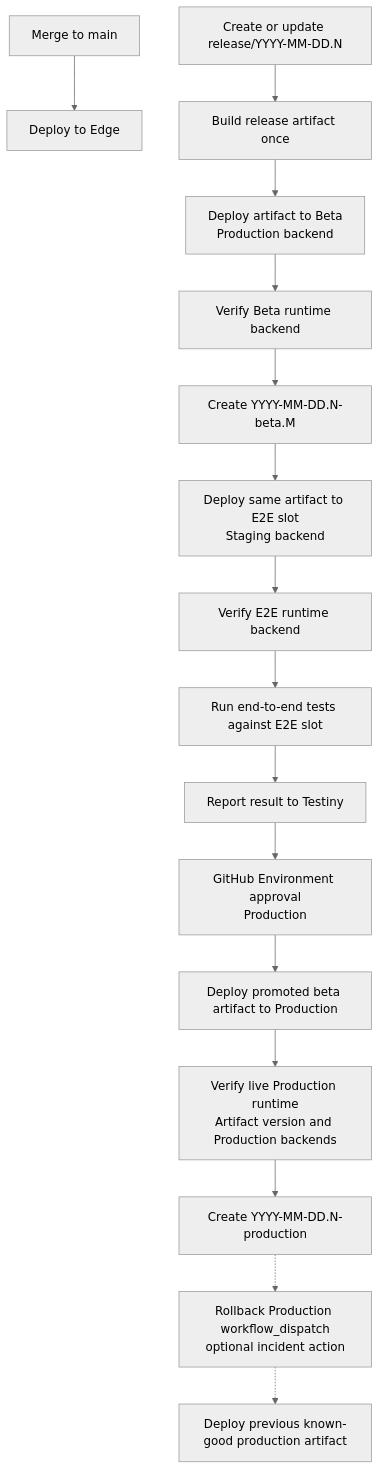
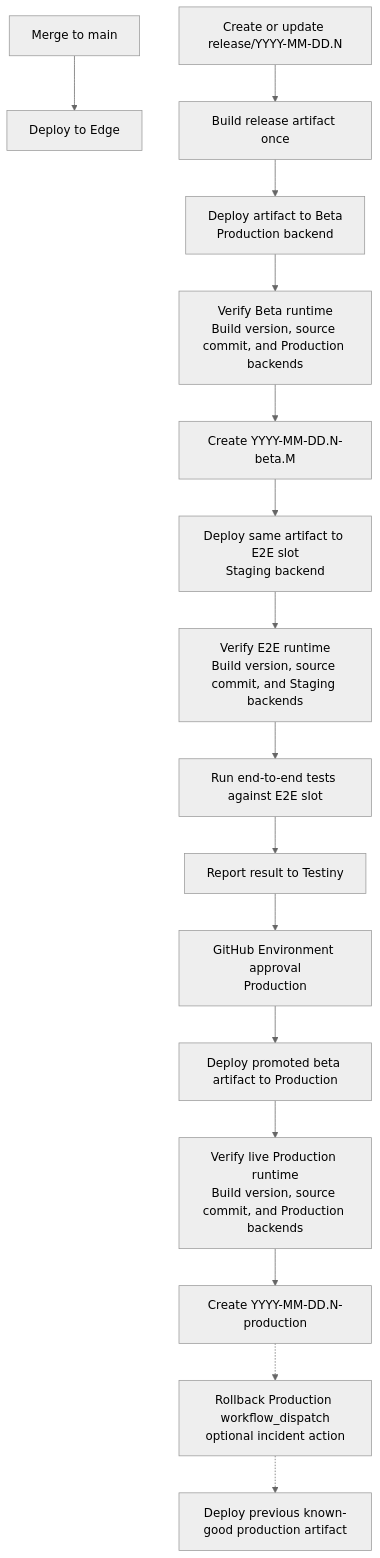
Before and after one commit to wireapp/wire-webapp: the second of 2 diagrams in docs/decision-records/0002-trunk-based-automated-release-process.md, drawn with Mermaid (neutral theme). The commit also changed other lines of this file and 2 other files, not shown here.

Commit message:
Verify deployed version and commit
Use the dedicated version and commit endpoints to verify deployed build and source identity.

Keep config.js verification focused on the active runtime backend configuration for Beta, precommit, and Production.

````diff
--- a/docs/decision-records/0002-trunk-based-automated-release-process.md
+++ b/docs/decision-records/0002-trunk-based-automated-release-process.md
@@ -127,26 +129,26 @@
 ```mermaid
 flowchart TD
   mergeToMain[Merge to main]
   deployToEdge[Deploy to Edge]
   createReleaseBranch[Create or update release/YYYY-MM-DD.N]
   buildArtifact[Build release artifact once]
   deployToBeta[Deploy artifact to Beta<br/>Production backend]
-  verifyBetaRuntime[Verify Beta runtime backend]
+  verifyBetaRuntime[Verify Beta runtime<br/>Build version, source commit, and Production backends]
   createBetaTag[Create YYYY-MM-DD.N-beta.M]
   deployToE2E[Deploy same artifact to E2E slot<br/>Staging backend]
-  verifyE2ERuntime[Verify E2E runtime backend]
+  verifyE2ERuntime[Verify E2E runtime<br/>Build version, source commit, and Staging backends]
   runEndToEndTests[Run end-to-end tests against E2E slot]
   reportToTestiny[Report result to Testiny]
   productionApproval[GitHub Environment approval<br/>Production]
   deployToProduction[Deploy promoted beta artifact to Production]
-  verifyProductionRuntime[Verify live Production runtime<br/>Artifact version and Production backends]
+  verifyProductionRuntime[Verify live Production runtime<br/>Build version, source commit, and Production backends]
   createProductionTag[Create YYYY-MM-DD.N-production]
   rollbackWorkflow[Rollback Production workflow_dispatch<br/>optional incident action]
   deployKnownGoodArtifact[Deploy previous known-good production artifact]
 
   mergeToMain --> deployToEdge
   createReleaseBranch --> buildArtifact --> deployToBeta --> verifyBetaRuntime --> createBetaTag
   createBetaTag --> deployToE2E --> verifyE2ERuntime --> runEndToEndTests --> reportToTestiny
   reportToTestiny --> productionApproval --> deployToProduction --> verifyProductionRuntime --> createProductionTag
   createProductionTag -.-> rollbackWorkflow -.-> deployKnownGoodArtifact
 ```
````
